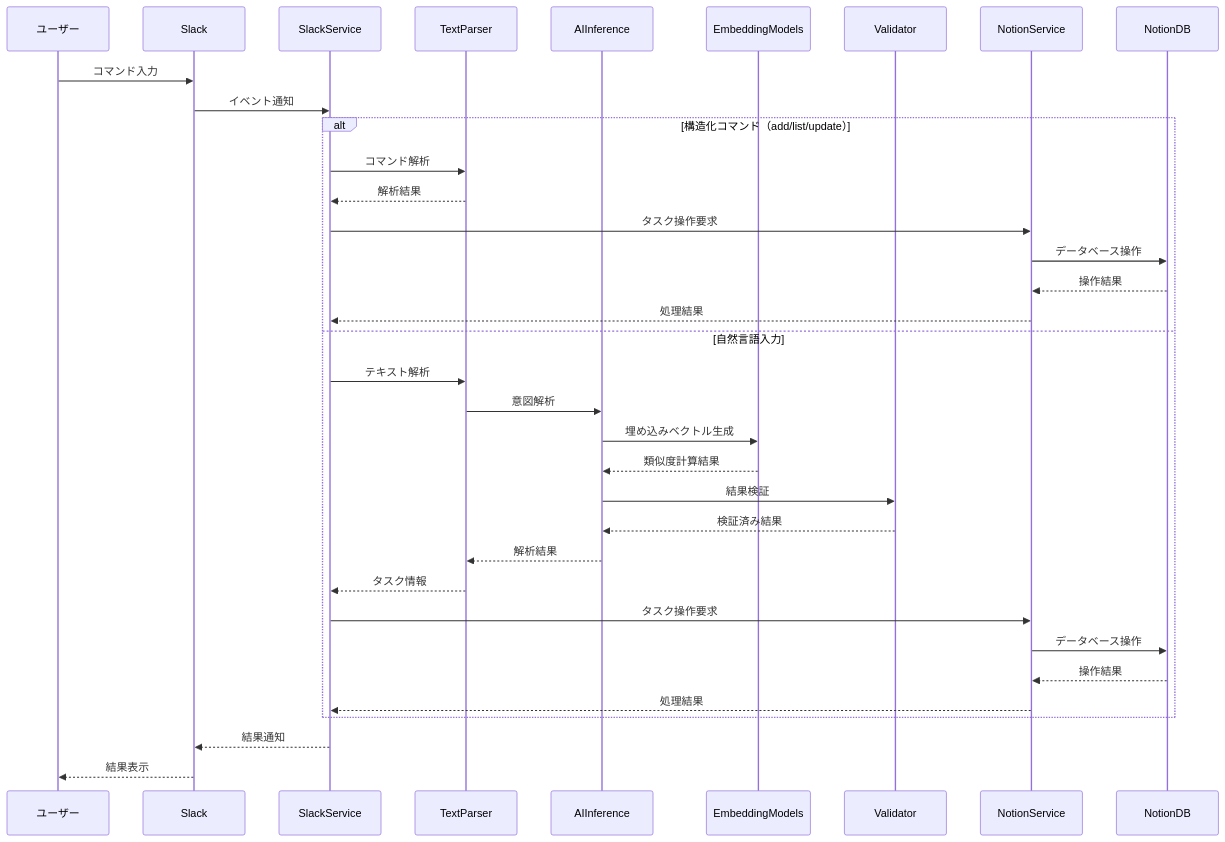
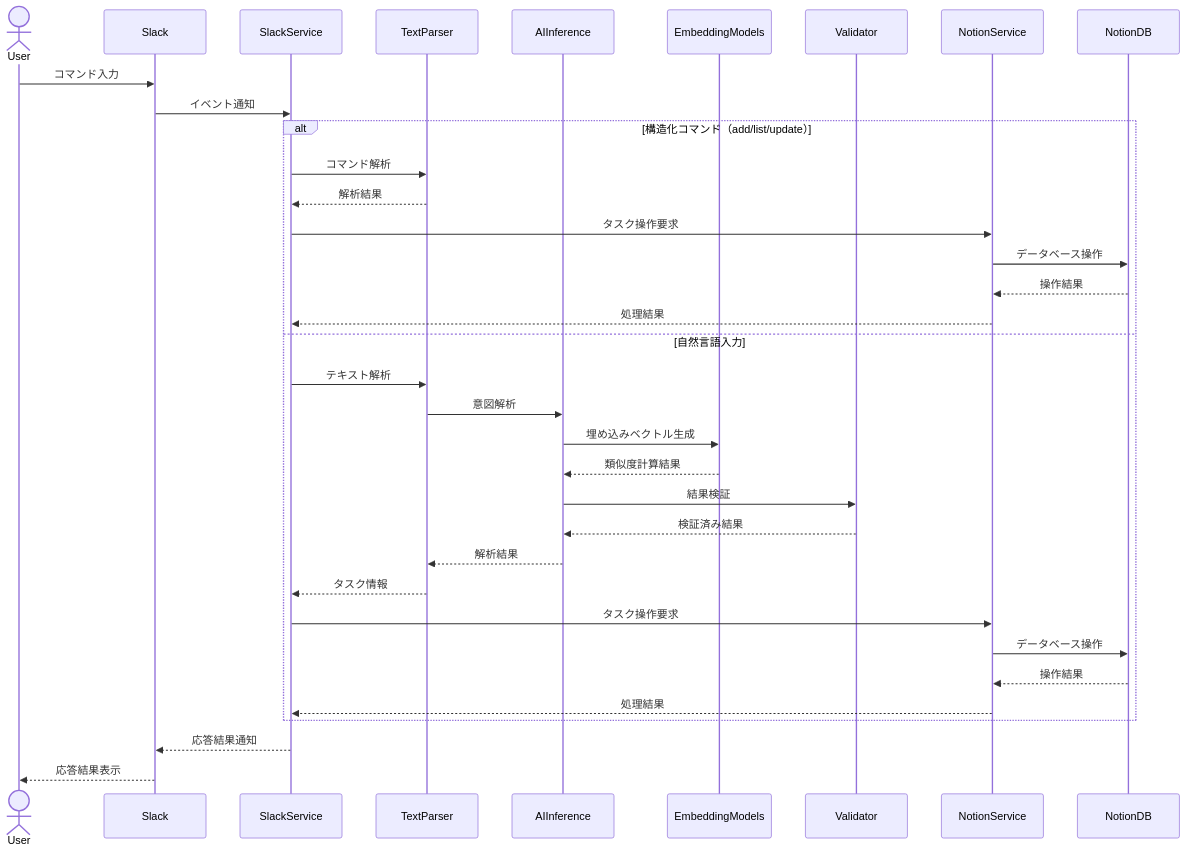
The fourth of 4 diagrams in docs/システム概要.md (YL08140921/Task-Manager-for-Slack-bot), drawn with Mermaid before and after one commit.

Commit message:
システム概要のdocs-修正

````diff
--- a/docs/システム概要.md
+++ b/docs/システム概要.md
@@ -176,40 +176,40 @@
 ```mermaid
 sequenceDiagram
-    participant User as ユーザー
+    actor User
     participant Slack
     participant SS as SlackService
     participant TP as TextParser
     participant AI as AIInference
     participant EM as EmbeddingModels
     participant Val as Validator
     participant NS as NotionService
     participant Notion as NotionDB
 
     User->>Slack: コマンド入力
     Slack->>SS: イベント通知
 
     alt 構造化コマンド（add/list/update）
         SS->>TP: コマンド解析
         TP-->>SS: 解析結果
         SS->>NS: タスク操作要求
         NS->>Notion: データベース操作
         Notion-->>NS: 操作結果
         NS-->>SS: 処理結果
     else 自然言語入力
         SS->>TP: テキスト解析
         TP->>AI: 意図解析
         AI->>EM: 埋め込みベクトル生成
         EM-->>AI: 類似度計算結果
         AI->>Val: 結果検証
         Val-->>AI: 検証済み結果
         AI-->>TP: 解析結果
         TP-->>SS: タスク情報
         SS->>NS: タスク操作要求
         NS->>Notion: データベース操作
         Notion-->>NS: 操作結果
         NS-->>SS: 処理結果
     end
 
-    SS-->>Slack: 結果通知
-    Slack-->>User: 結果表示
+    SS-->>Slack: 応答結果通知
+    Slack-->>User: 応答結果表示
 ```
````
